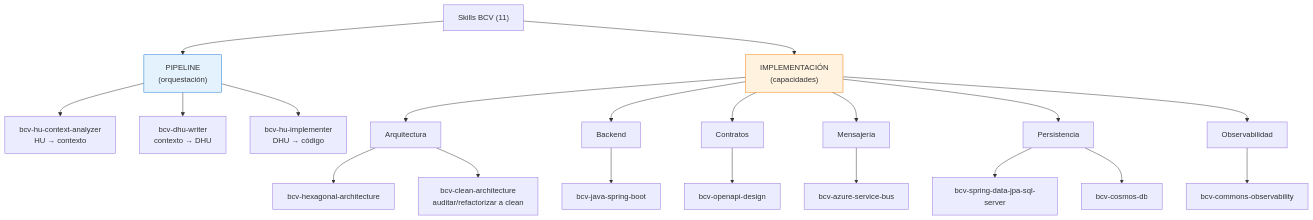
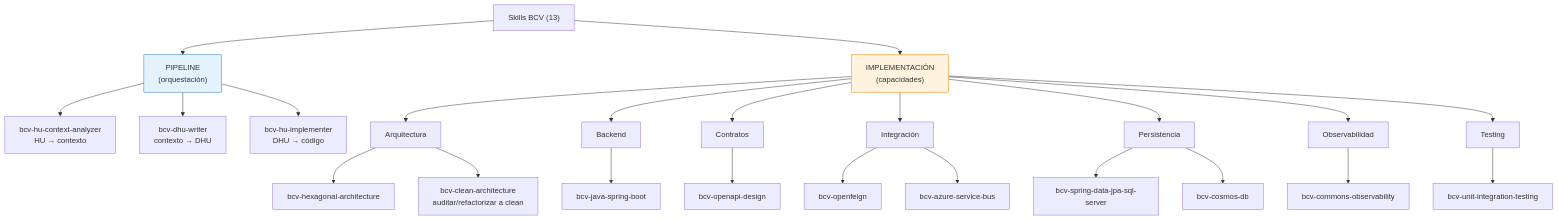
Before and after one commit to Jose-Mejia-NTT/skills-assi-comercial: the first of 2 diagrams in docs/SKILLS_TREE.md, drawn with Mermaid. The commit also changed other lines of this file and 6 other files, not shown here.

Commit message:
docs: update skill references and workflows to include new skills for OpenFeign and unit/integration testing

````diff
--- a/docs/SKILLS_TREE.md
+++ b/docs/SKILLS_TREE.md
@@ -34,30 +37,33 @@
 ```mermaid
 flowchart TD
-    ROOT["Skills BCV (11)"]
+    ROOT["Skills BCV (13)"]
 
     ROOT --> P["PIPELINE<br/>(orquestación)"]
     ROOT --> I["IMPLEMENTACIÓN<br/>(capacidades)"]
 
     P --> A["bcv-hu-context-analyzer<br/>HU → contexto"]
     P --> B["bcv-dhu-writer<br/>contexto → DHU"]
     P --> C["bcv-hu-implementer<br/>DHU → código"]
 
     I --> ARQ["Arquitectura"]
     I --> BCK["Backend"]
     I --> API["Contratos"]
-    I --> MSG["Mensajería"]
+    I --> INT["Integración"]
     I --> PER["Persistencia"]
     I --> OBS["Observabilidad"]
+    I --> TES["Testing"]
 
     ARQ --> H["bcv-hexagonal-architecture"]
     ARQ --> CL["bcv-clean-architecture<br/>auditar/refactorizar a clean"]
     BCK --> SB["bcv-java-spring-boot"]
     API --> OA["bcv-openapi-design"]
-    MSG --> ASB["bcv-azure-service-bus"]
+    INT --> OF["bcv-openfeign"]
+    INT --> ASB["bcv-azure-service-bus"]
     PER --> JPA["bcv-spring-data-jpa-sql-server"]
     PER --> COS["bcv-cosmos-db"]
     OBS --> OBSV["bcv-commons-observability"]
+    TES --> UNI["bcv-unit-integration-testing"]
 
     style P fill:#e3f2fd,stroke:#1976d2
     style I fill:#fff3e0,stroke:#f57c00
 ```
````
